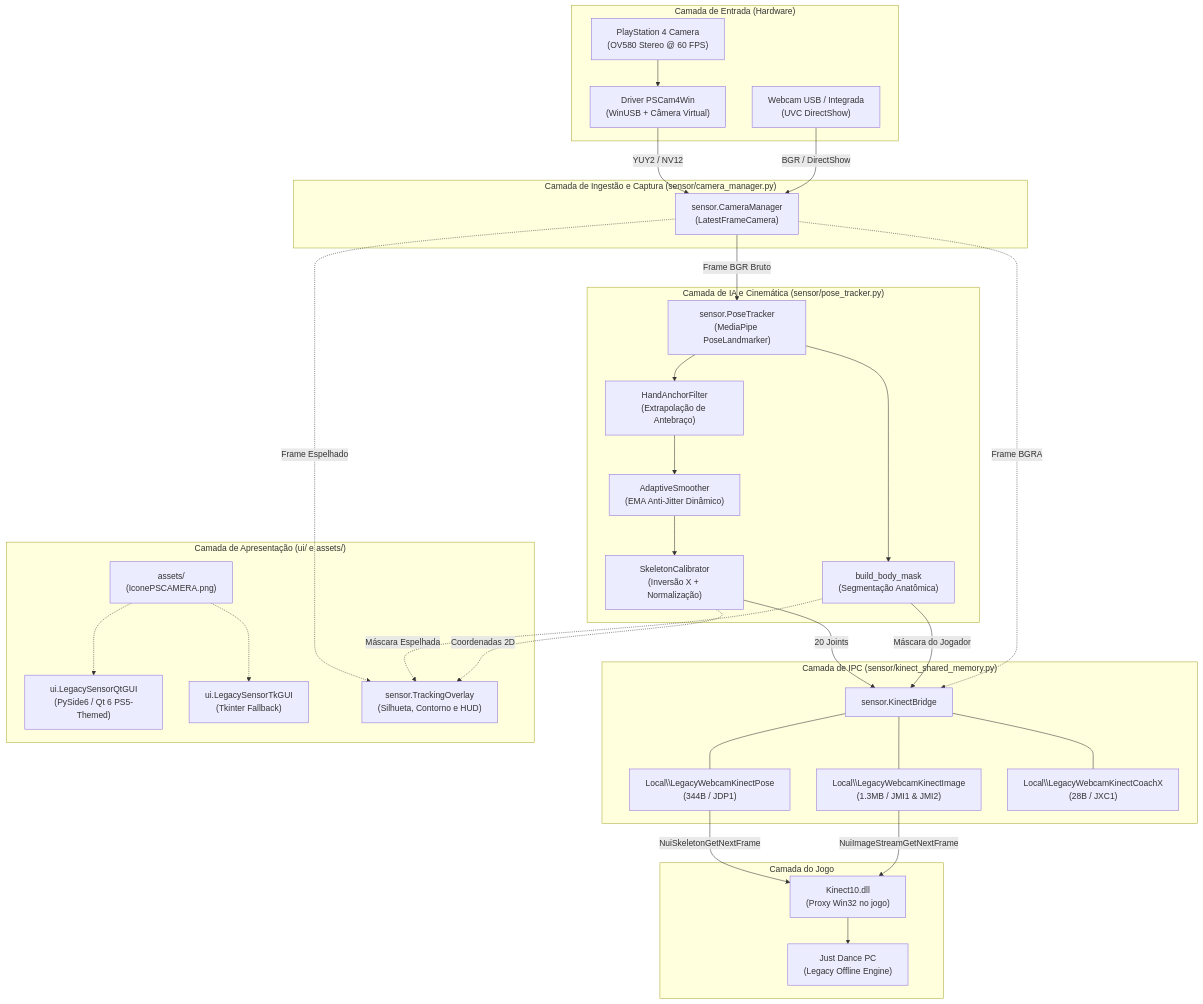
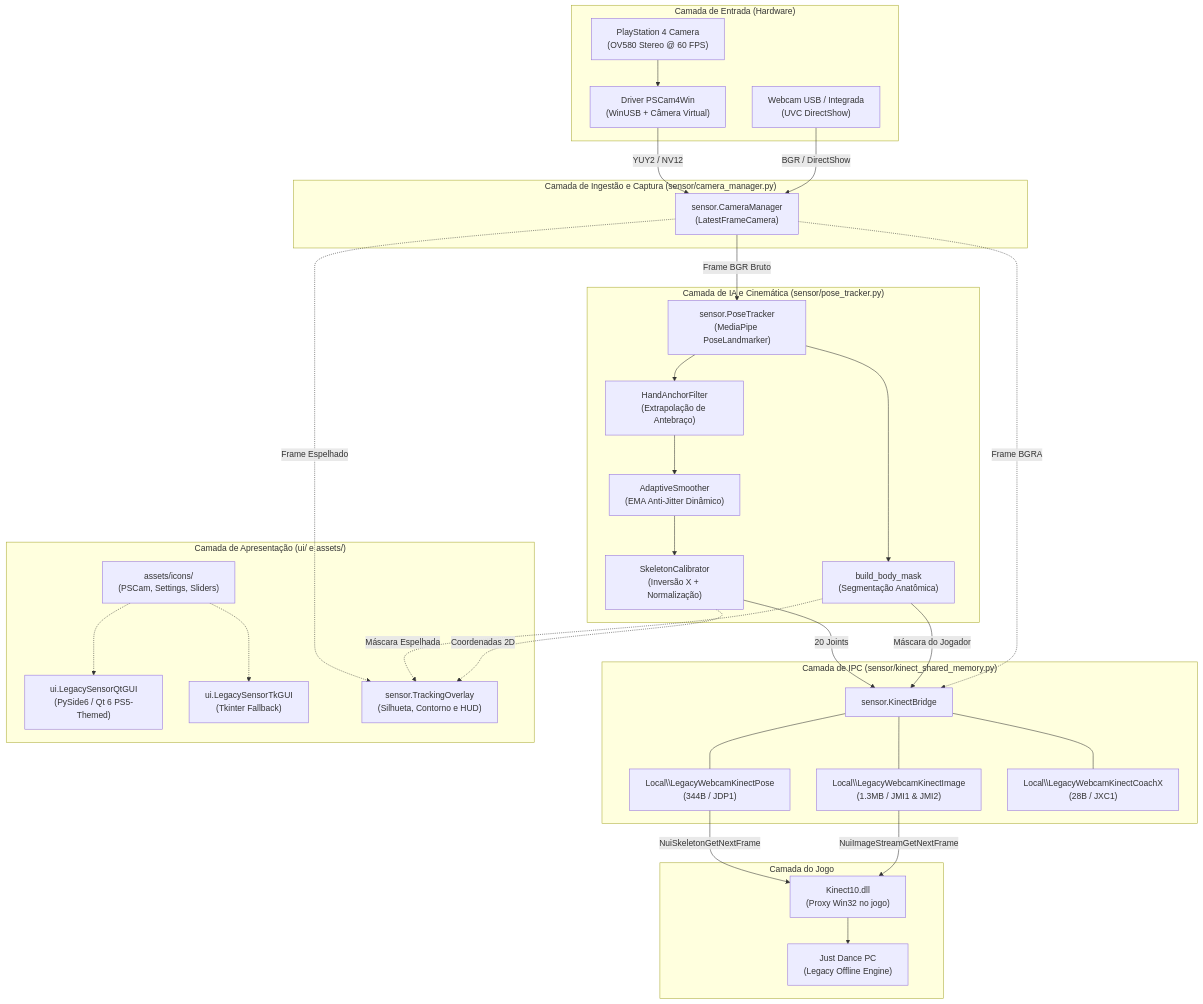
One commit to EddScissors42/LegacyPSCam_Sensor changed the diagram in docs/ARCHITECTURE.md. Above: the diagram before and after it, drawn with Mermaid. The commit also changed other lines of this file and 13 other files, not shown here.

Commit message:
feat(ui): organize icons into assets/icons/, integrate settings & sliders SVGs, and standardize v0.1.2 (Alpha) versioning

````diff
--- a/docs/ARCHITECTURE.md
+++ b/docs/ARCHITECTURE.md
@@ -42,64 +48,64 @@
 ```mermaid
 flowchart TD
     subgraph HARDWARE_LAYER["Camada de Entrada (Hardware)"]
         PS4CAM["PlayStation 4 Camera\n(OV580 Stereo @ 60 FPS)"]
         WEBCAM["Webcam USB / Integrada\n(UVC DirectShow)"]
         PSCAM_DRIVER["Driver PSCam4Win\n(WinUSB + Câmera Virtual)"]
         PS4CAM --> PSCAM_DRIVER
     end
 
     subgraph INGESTION_LAYER["Camada de Ingestão e Captura (sensor/camera_manager.py)"]
         CAM_MGR["sensor.CameraManager\n(LatestFrameCamera)"]
         PSCAM_DRIVER -->|YUY2 / NV12| CAM_MGR
         WEBCAM -->|BGR / DirectShow| CAM_MGR
     end
 
     subgraph VISION_LAYER["Camada de IA e Cinemática (sensor/pose_tracker.py)"]
         POSE_ENGINE["sensor.PoseTracker\n(MediaPipe PoseLandmarker)"]
         ANCHOR["HandAnchorFilter\n(Extrapolação de Antebraço)"]
         SMOOTHER["AdaptiveSmoother\n(EMA Anti-Jitter Dinâmico)"]
         CALIBRATOR["SkeletonCalibrator\n(Inversão X + Normalização)"]
         MASK_GEN["build_body_mask\n(Segmentação Anatômica)"]
         
         CAM_MGR -->|Frame BGR Bruto| POSE_ENGINE
         POSE_ENGINE --> ANCHOR
         ANCHOR --> SMOOTHER
         SMOOTHER --> CALIBRATOR
         POSE_ENGINE --> MASK_GEN
     end
 
     subgraph IPC_LAYER["Camada de IPC (sensor/kinect_shared_memory.py)"]
         BRIDGE["sensor.KinectBridge"]
         MEM_POSE["Local\\LegacyWebcamKinectPose\n(344B / JDP1)"]
         MEM_IMG["Local\\LegacyWebcamKinectImage\n(1.3MB / JMI1 & JMI2)"]
         MEM_COACH["Local\\LegacyWebcamKinectCoachX\n(28B / JXC1)"]
         
         CALIBRATOR -->|20 Joints| BRIDGE
         MASK_GEN -->|Máscara do Jogador| BRIDGE
         CAM_MGR -.->|Frame BGRA| BRIDGE
         
         BRIDGE --- MEM_POSE
         BRIDGE --- MEM_IMG
         BRIDGE --- MEM_COACH
     end
 
     subgraph GAME_LAYER["Camada do Jogo"]
         DLL["Kinect10.dll\n(Proxy Win32 no jogo)"]
         GAME["Just Dance PC\n(Legacy Offline Engine)"]
         MEM_POSE -->|NuiSkeletonGetNextFrame| DLL
         MEM_IMG -->|NuiImageStreamGetNextFrame| DLL
         DLL --> GAME
     end
 
     subgraph UI_LAYER["Camada de Apresentação (ui/ e assets/)"]
         GUI_QT["ui.LegacySensorQtGUI\n(PySide6 / Qt 6 PS5-Themed)"]
         GUI_TK["ui.LegacySensorTkGUI\n(Tkinter Fallback)"]
         OVERLAY["sensor.TrackingOverlay\n(Silhueta, Contorno e HUD)"]
-        ASSETS["assets/\n(IconePSCAMERA.png)"]
+        ASSETS["assets/icons/\n(PSCam, Settings, Sliders)"]
         CAM_MGR -.->|Frame Espelhado| OVERLAY
         MASK_GEN -.->|Máscara Espelhada| OVERLAY
         CALIBRATOR -.->|Coordenadas 2D| OVERLAY
         ASSETS -.-> GUI_QT
         ASSETS -.-> GUI_TK
     end
 ```
````
